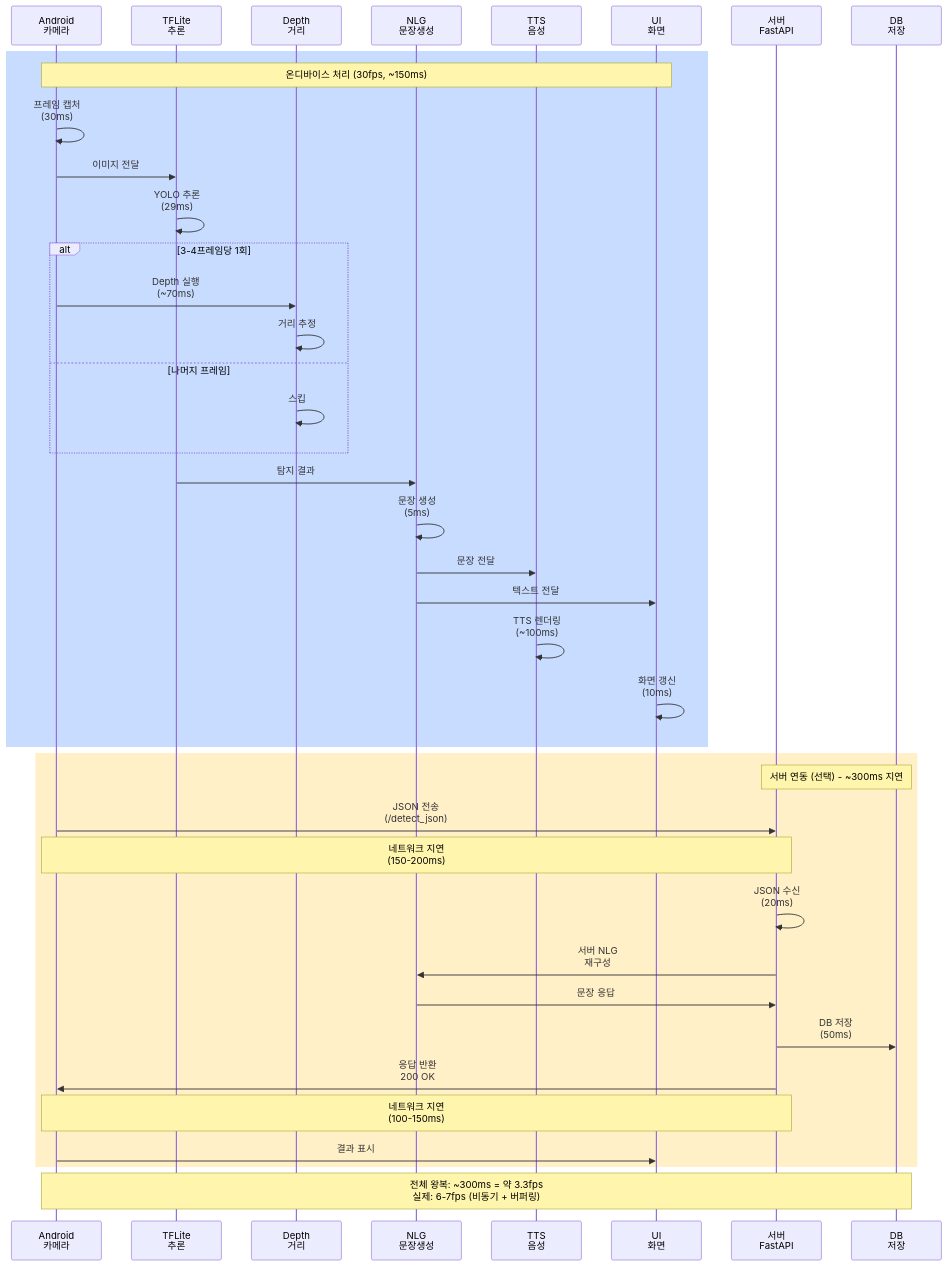
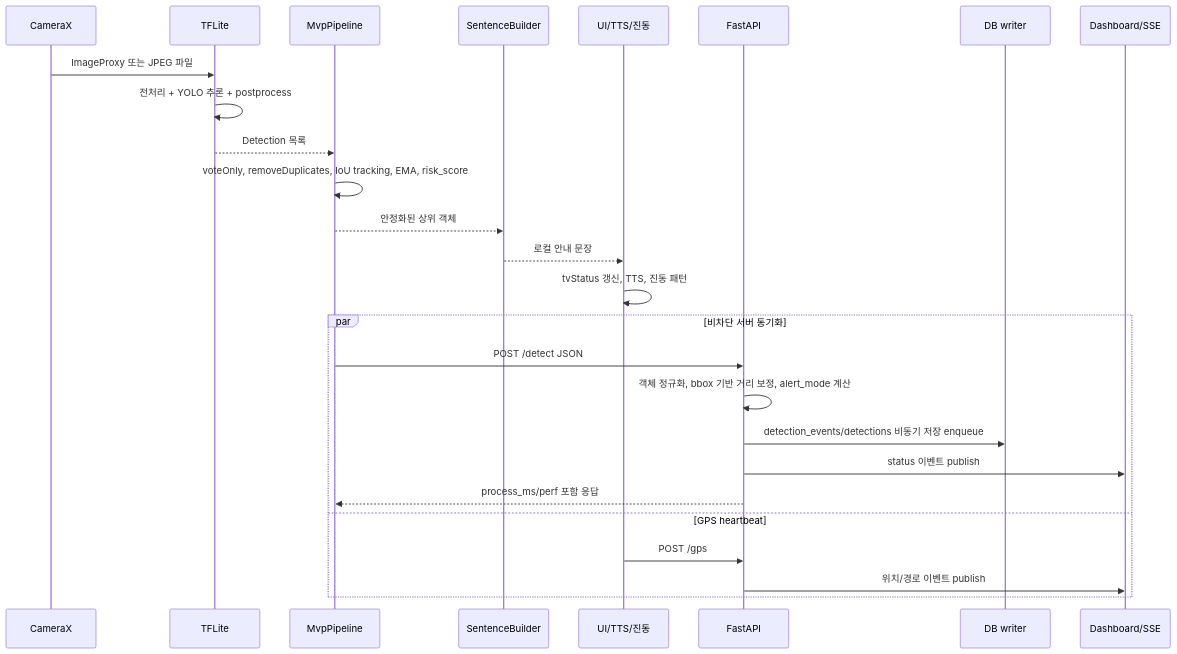
The second of 5 diagrams in ARCHITECTURE_DIAGRAMS.md (coding-jhj/First_Project), drawn with Mermaid before and after one commit. The commit also changed other lines of this file and 2 other files, not shown here.

````diff
--- a/ARCHITECTURE_DIAGRAMS.md
+++ b/ARCHITECTURE_DIAGRAMS.md
@@ -63,51 +65,30 @@
 ```mermaid
 sequenceDiagram
-    participant A as Android<br/>카메라
-    participant T as TFLite<br/>추론
-    participant D as Depth<br/>거리
-    participant N as NLG<br/>문장생성
-    participant P as TTS<br/>음성
-    participant UI as UI<br/>화면
-    participant S as 서버<br/>FastAPI
-    participant DB as DB<br/>저장
-    
-    rect rgb(200, 220, 255)
-    Note over A,UI: 온디바이스 처리 (30fps, ~150ms)
-    
-    A->>A: 프레임 캡처<br/>(30ms)
-    A->>T: 이미지 전달
-    T->>T: YOLO 추론<br/>(29ms)
-    
-    alt 3-4프레임당 1회
-        A->>D: Depth 실행<br/>(~70ms)
-        D->>D: 거리 추정
-    else 나머지 프레임
-        D->>D: 스킵
+    participant C as CameraX
+    participant T as TFLite
+    participant M as MvpPipeline
+    participant S as SentenceBuilder
+    participant U as UI/TTS/진동
+    participant A as FastAPI
+    participant D as DB writer
+    participant V as Dashboard/SSE
+
+    C->>T: ImageProxy 또는 JPEG 파일
+    T->>T: 전처리 + YOLO 추론 + postprocess
+    T-->>M: Detection 목록
+    M->>M: voteOnly, removeDuplicates, IoU tracking, EMA, risk_score
+    M-->>S: 안정화된 상위 객체
+    S-->>U: 로컬 안내 문장
+    U->>U: tvStatus 갱신, TTS, 진동 패턴
+
+    par 비차단 서버 동기화
+        M->>A: POST /detect JSON
+        A->>A: 객체 정규화, bbox 기반 거리 보정, alert_mode 계산
+        A->>D: detection_events/detections 비동기 저장 enqueue
+        A->>V: status 이벤트 publish
+        A-->>M: process_ms/perf 포함 응답
+    and GPS heartbeat
+        U->>A: POST /gps
+        A->>V: 위치/경로 이벤트 publish
     end
-    
-    T->>N: 탐지 결과
-    N->>N: 문장 생성<br/>(5ms)
-    N->>P: 문장 전달
-    N->>UI: 텍스트 전달
-    P->>P: TTS 렌더링<br/>(~100ms)
-    UI->>UI: 화면 갱신<br/>(10ms)
-    
-    end
-    
-    rect rgb(255, 240, 200)
-    Note over S,DB: 서버 연동 (선택) - ~300ms 지연
-    
-    A->>S: JSON 전송<br/>(/detect_json)
-    Note over A,S: 네트워크 지연<br/>(150-200ms)
-    S->>S: JSON 수신<br/>(20ms)
-    S->>N: 서버 NLG<br/>재구성
-    N->>S: 문장 응답
-    S->>DB: DB 저장<br/>(50ms)
-    S->>A: 응답 반환<br/>200 OK
-    Note over S,A: 네트워크 지연<br/>(100-150ms)
-    A->>UI: 결과 표시
-    
-    end
-    
-    Note over A,DB: 전체 왕복: ~300ms = 약 3.3fps<br/>실제: 6-7fps (비동기 + 버퍼링)
 ```
````
